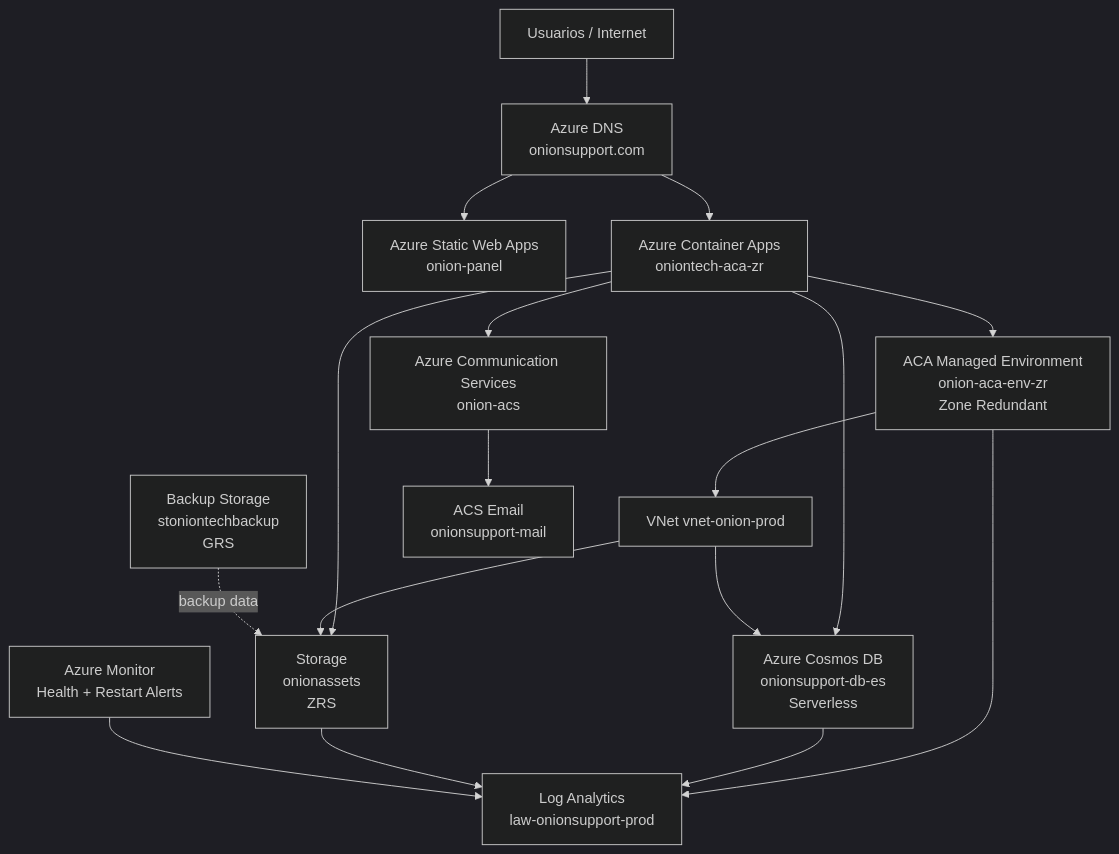
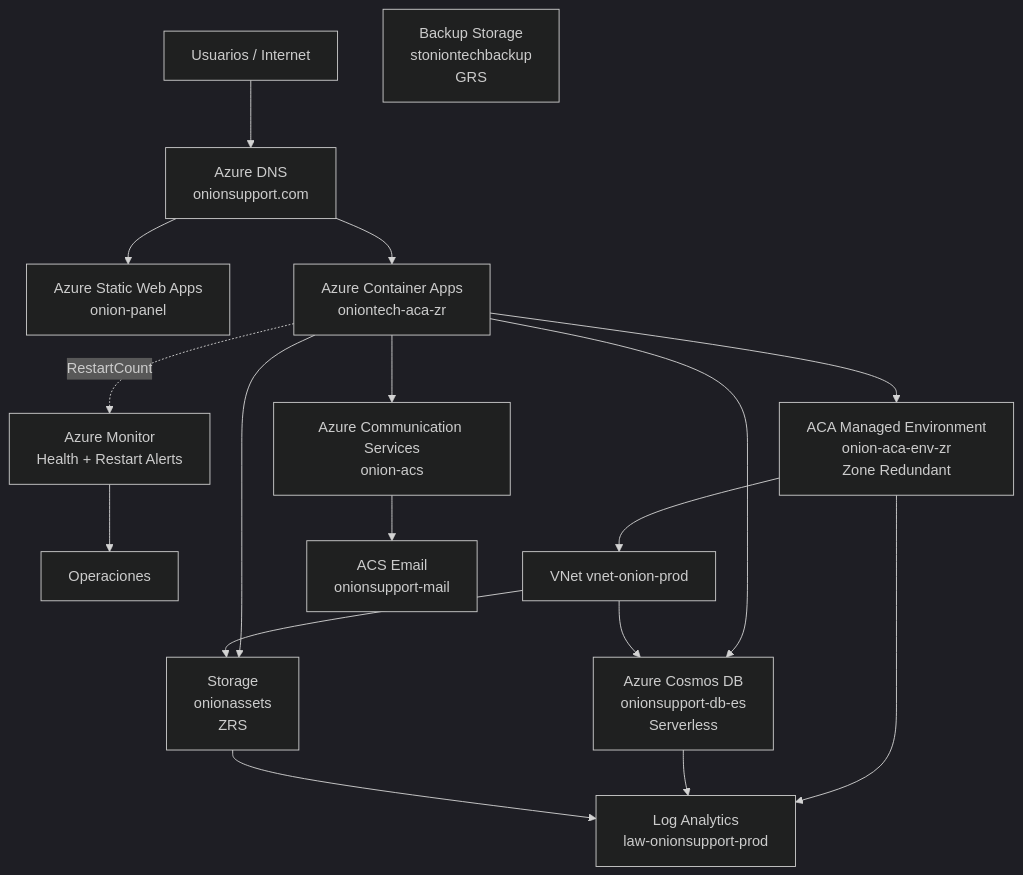
The diagram in docs/AZURE_INFRASTRUCTURE.md (avila199817/onionsupport), drawn with Mermaid (dark theme) before and after one commit. The commit also changed other lines of this file, not shown here.

Commit message:
docs: clarify validated Azure relationships

````diff
--- a/docs/AZURE_INFRASTRUCTURE.md
+++ b/docs/AZURE_INFRASTRUCTURE.md
@@ -28,38 +28,39 @@
 ```mermaid
 flowchart TD
   USER[Usuarios / Internet]
+  OPS[Operaciones]
 
   SWA[Azure Static Web Apps\nonion-panel]
   DNS[Azure DNS\nonionsupport.com]
   API[Azure Container Apps\noniontech-aca-zr]
   ENV[ACA Managed Environment\nonion-aca-env-zr\nZone Redundant]
   VNET[VNet vnet-onion-prod]
   COSMOS[Azure Cosmos DB\nonionsupport-db-es\nServerless]
   STORAGE[Storage\nonionassets\nZRS]
   BACKUP[Backup Storage\nstoniontechbackup\nGRS]
   LAW[Log Analytics\nlaw-onionsupport-prod]
   ACS[Azure Communication Services\nonion-acs]
   EMAIL[ACS Email\nonionsupport-mail]
   ALERTS[Azure Monitor\nHealth + Restart Alerts]
 
   USER --> DNS
   DNS --> SWA
   DNS --> API
 
   API --> ENV
   ENV --> VNET
   API --> COSMOS
   API --> STORAGE
   API --> ACS
   ACS --> EMAIL
 
   VNET --> COSMOS
   VNET --> STORAGE
 
   ENV --> LAW
   COSMOS --> LAW
   STORAGE --> LAW
-  ALERTS --> LAW
 
-  BACKUP -. backup data .-> STORAGE
+  API -. RestartCount .-> ALERTS
+  ALERTS --> OPS
 ```
````
